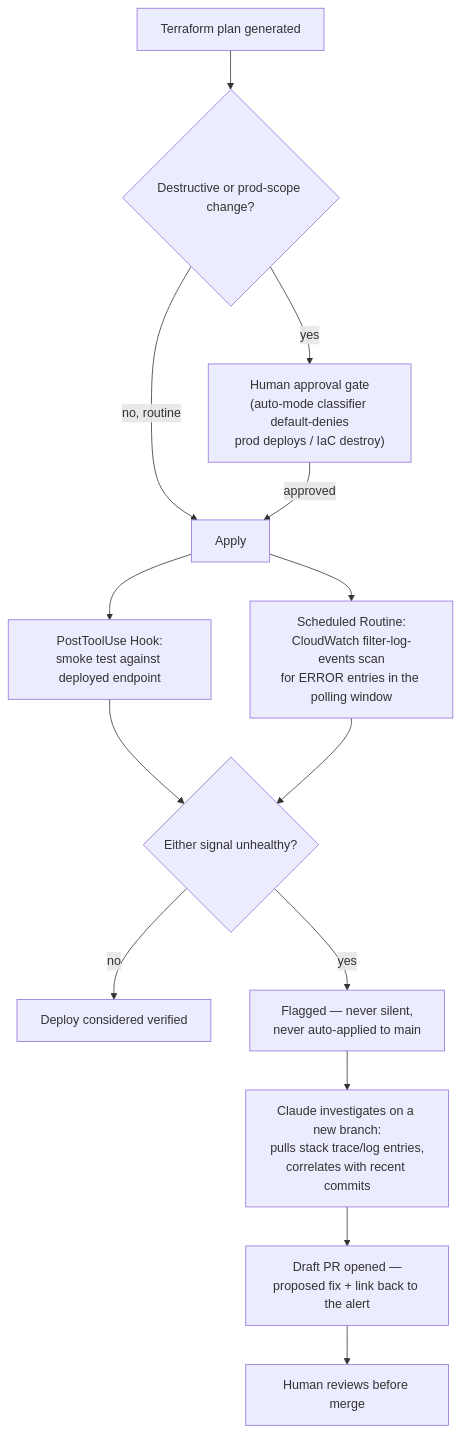
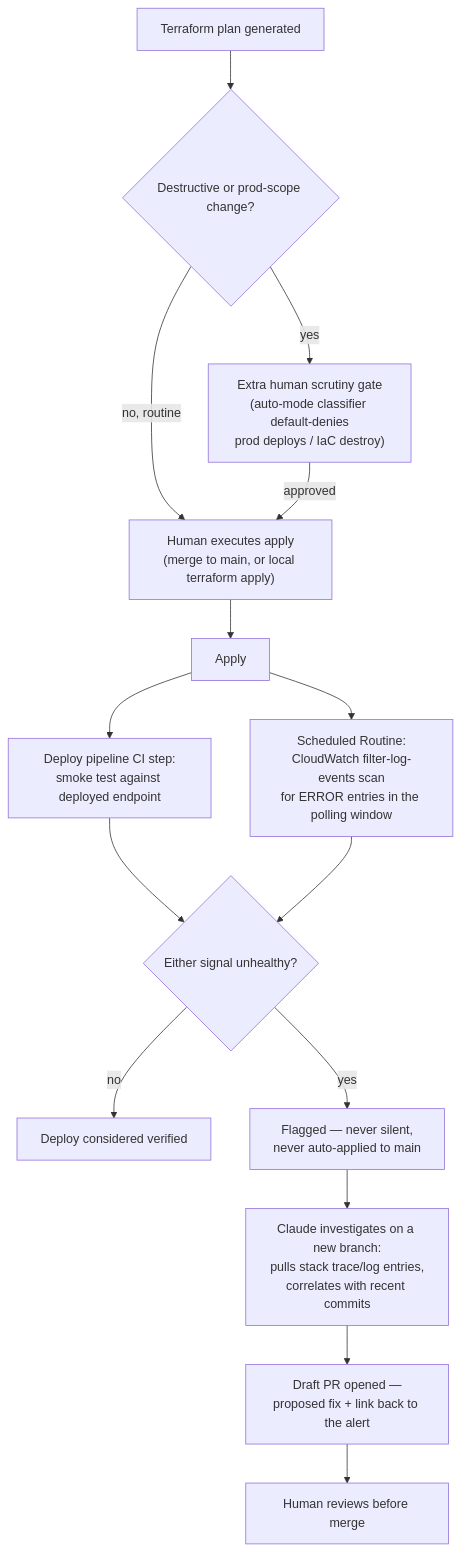
The third of 4 diagrams in DOC/architecture/agentic_workflow_processes.md (LouayBks/spiresen-saga), drawn with Mermaid before and after one commit. The commit also changed other lines of this file and 133 other files, not shown here.

````diff
--- a/DOC/architecture/agentic_workflow_processes.md
+++ b/DOC/architecture/agentic_workflow_processes.md
@@ -82,16 +82,17 @@
 ```mermaid
 flowchart TD
     A[Terraform plan generated] --> B{Destructive or prod-scope change?}
-    B -->|yes| C["Human approval gate\n(auto-mode classifier default-denies\nprod deploys / IaC destroy)"]
-    B -->|no, routine| D[Apply]
-    C -->|approved| D
-    D --> E["PostToolUse Hook:\nsmoke test against deployed endpoint"]
+    B -->|yes| C["Extra human scrutiny gate\n(auto-mode classifier default-denies\nprod deploys / IaC destroy)"]
+    B -->|no, routine| D2["Human executes apply\n(merge to main, or local terraform apply)"]
+    C -->|approved| D2
+    D2 --> D[Apply]
+    D --> E["Deploy pipeline CI step:\nsmoke test against deployed endpoint"]
     D --> F["Scheduled Routine:\nCloudWatch filter-log-events scan\nfor ERROR entries in the polling window"]
     E --> G{Either signal unhealthy?}
     F --> G
     G -->|no| H[Deploy considered verified]
     G -->|yes| I["Flagged — never silent,\nnever auto-applied to main"]
     I --> K["Claude investigates on a new branch:\npulls stack trace/log entries,\ncorrelates with recent commits"]
     K --> L["Draft PR opened —\nproposed fix + link back to the alert"]
     L --> M[Human reviews before merge]
 ```
````
